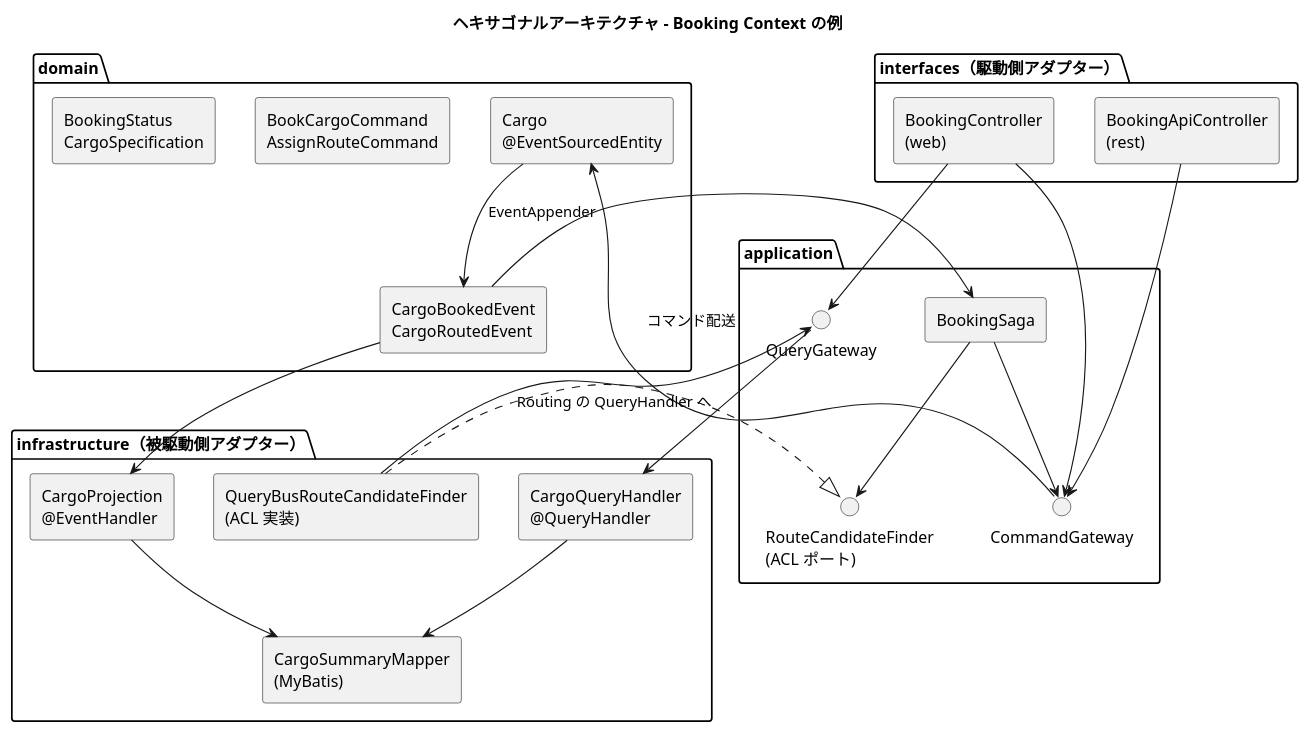
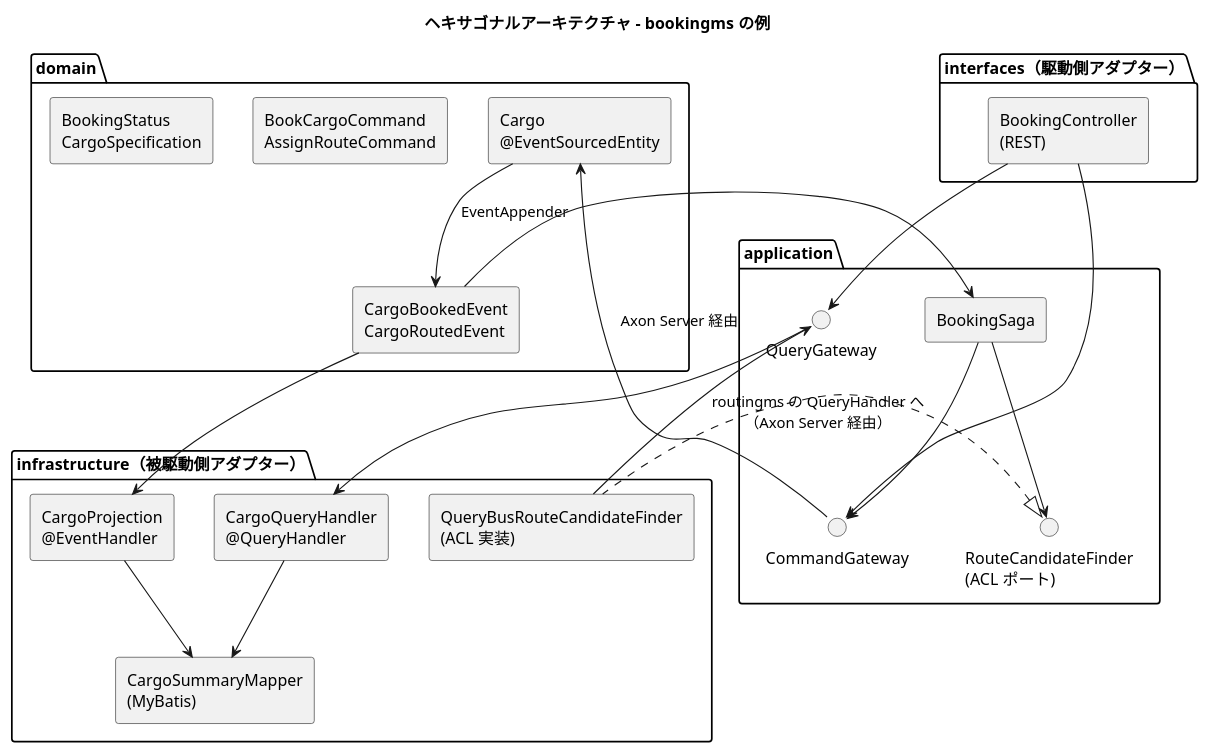
The third of 5 diagrams in docs/design/cargo-tracker/architecture_backend.md (k2works/case-study-cargo-tracker), drawn with PlantUML before and after one commit. The commit also changed other lines of this file and 7 other files, not shown here.

````diff
--- a/docs/design/cargo-tracker/architecture_backend.md
+++ b/docs/design/cargo-tracker/architecture_backend.md
@@ -220,48 +248,46 @@
 ```plantuml
 @startuml
-title ヘキサゴナルアーキテクチャ - Booking Context の例
+title ヘキサゴナルアーキテクチャ - bookingms の例
 
 skinparam componentStyle rectangle
 
 package "interfaces（駆動側アダプター）" {
-  [BookingController\n(web)] as ctrl
-  [BookingApiController\n(rest)] as api
+  [BookingController\n(REST)] as api
 }
 
 package "application" {
   interface "CommandGateway" as cgw
   interface "QueryGateway" as qgw
   [BookingSaga] as saga
   interface "RouteCandidateFinder\n(ACL ポート)" as aclport
 }
 
 package "domain" {
   [Cargo\n@EventSourcedEntity] as cargo
   [BookCargoCommand\nAssignRouteCommand] as cmd
   [CargoBookedEvent\nCargoRoutedEvent] as evt
   [BookingStatus\nCargoSpecification] as vo
 }
 
 package "infrastructure（被駆動側アダプター）" {
   [CargoProjection\n@EventHandler] as proj
   [CargoSummaryMapper\n(MyBatis)] as mapper
   [CargoQueryHandler\n@QueryHandler] as qh
   [QueryBusRouteCandidateFinder\n(ACL 実装)] as aclimpl
 }
 
-ctrl --> cgw
 api --> cgw
-ctrl --> qgw
-cgw --> cargo : コマンド配送
+api --> qgw
+cgw --> cargo : Axon Server 経由
 cargo --> evt : EventAppender
 evt --> proj
 evt --> saga
 saga --> cgw
 proj --> mapper
 qgw --> qh
 qh --> mapper
 saga --> aclport
 aclport <|.. aclimpl
-aclimpl --> qgw : Routing の QueryHandler へ
+aclimpl --> qgw : routingms の QueryHandler へ\n（Axon Server 経由）
 @enduml
 ```
````
